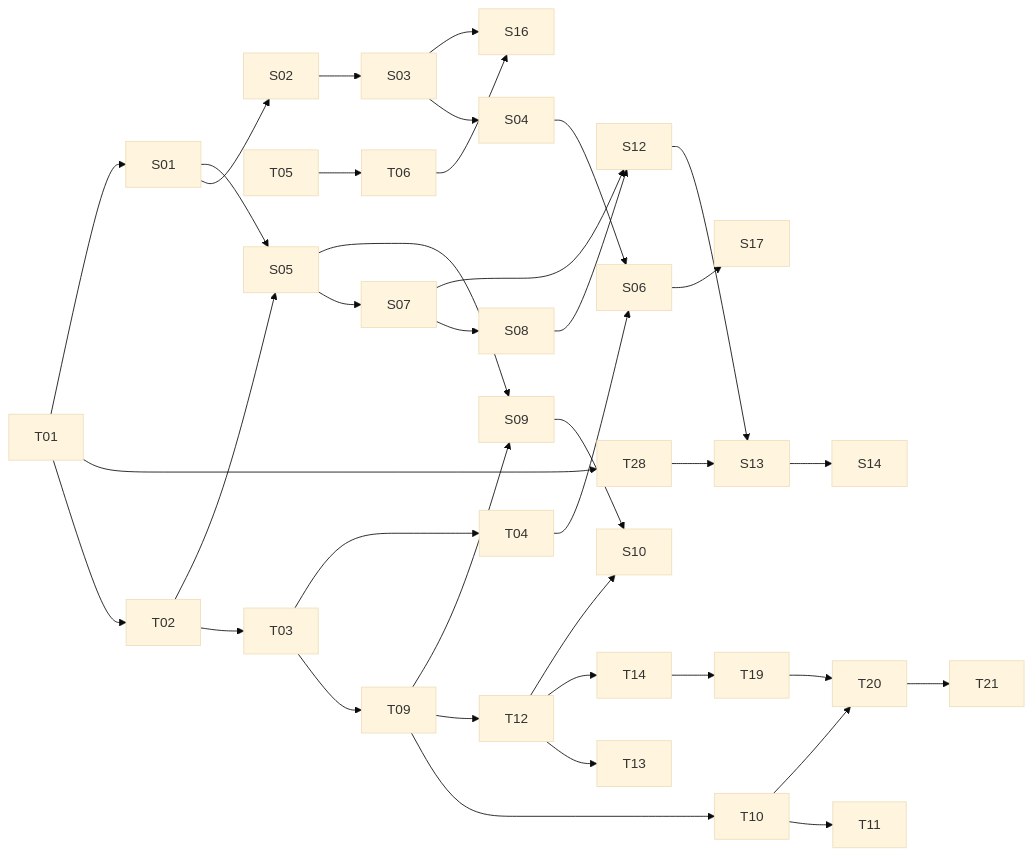
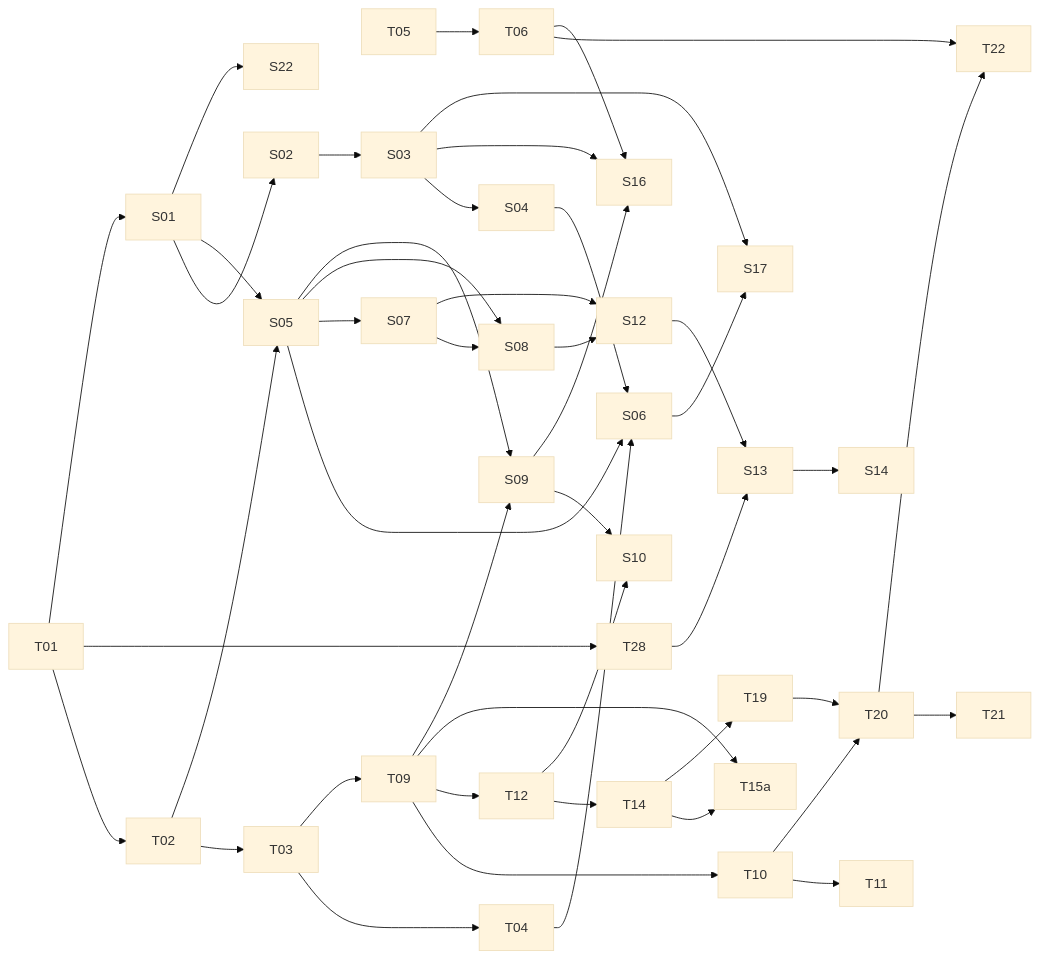
Before and after one commit to mercurypitch/mercurypitch: the diagram in docs/plans/find-your-pitch/CURRICULUM.md, drawn with Mermaid (base theme). The commit also changed other lines of this file and 8 other files, not shown here.

````diff
--- a/docs/plans/find-your-pitch/CURRICULUM.md
+++ b/docs/plans/find-your-pitch/CURRICULUM.md
@@ -300,24 +364,34 @@
 ```mermaid
 graph LR
-  T01 --> T02 --> T03 --> T09 --> T10 --> T11
+  T01 --> T02
+  T02 --> T03
   T03 --> T04
-  T09 --> T12 --> T13
-  T12 --> T14 --> T19 --> T20 --> T21
-  T10 --> T20
+  T05 --> T06
+  T03 --> T09
+  T09 --> T10
+  T10 --> T11
+  T09 --> T12
+  T12 --> T14
+  T09 & T14 --> T15a
+  T14 --> T19
+  T19 & T10 --> T20
+  T20 --> T21
+  T20 & T06 --> T22
   T01 --> T28
-  T05 --> T06
-  T01 --> S01 --> S02 --> S03 --> S04
-  T02 --> S05
-  S01 --> S05 --> S07 --> S08
-  S04 --> S06
-  T04 --> S06
-  S05 --> S09
-  T09 --> S09 --> S10
-  T12 --> S10
-  S07 --> S12
-  S08 --> S12 --> S13 --> S14
-  T28 --> S13
-  S03 --> S16
-  T06 --> S16
-  S06 --> S17
+  T01 --> S01
+  S01 --> S02
+  S02 --> S03
+  S03 --> S04
+  S01 & T02 --> S05
+  S04 & S05 & T04 --> S06
+  S05 --> S07
+  S05 & S07 --> S08
+  S05 & T09 --> S09
+  S09 & T12 --> S10
+  S07 & S08 --> S12
+  S12 & T28 --> S13
+  S13 --> S14
+  S03 & S09 & T06 --> S16
+  S03 & S06 --> S17
+  S01 --> S22
 ```
````
